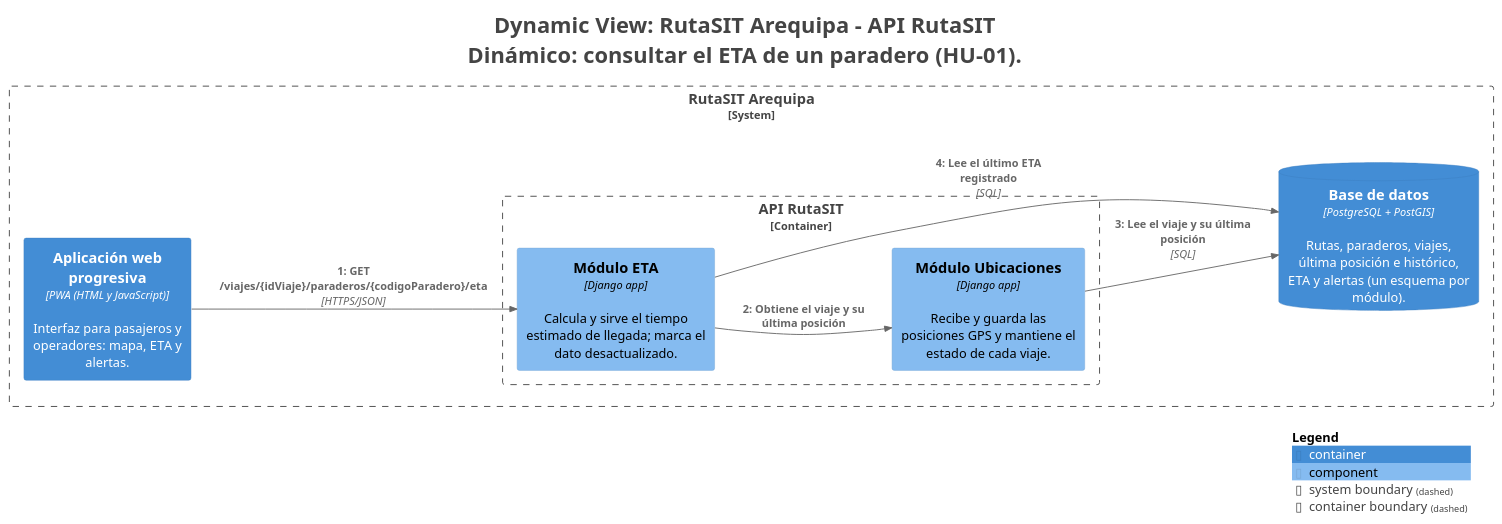
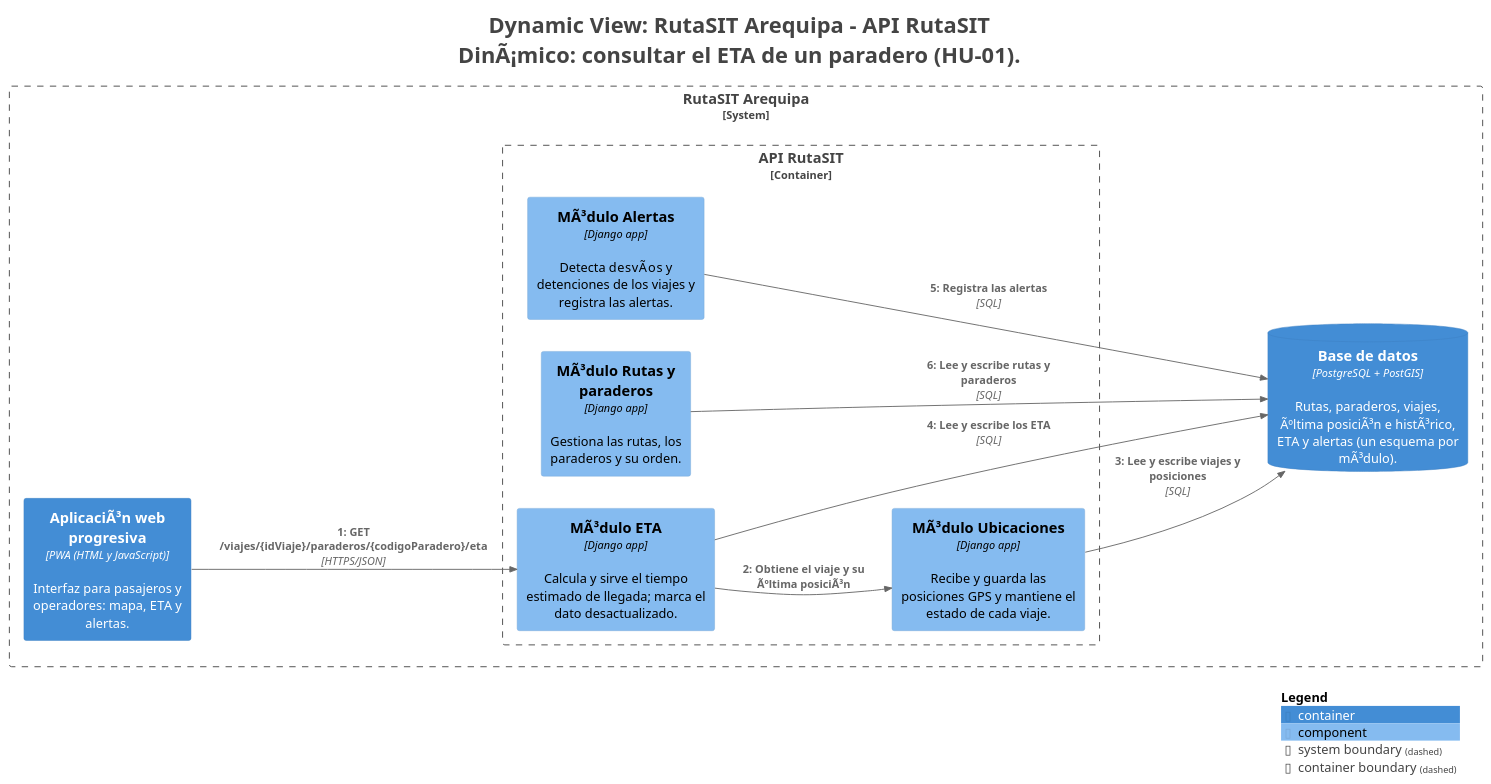
Before and after one commit to Camila-Alarico/cs-2026b-lab04--grupo06: the diagram in docs/architecture/c4/export/structurizr-ConsultarEta.puml, drawn with PlantUML. The commit also changed 15 other files, not shown here.

```diff
--- a/docs/architecture/c4/export/structurizr-ConsultarEta.puml
+++ b/docs/architecture/c4/export/structurizr-ConsultarEta.puml
@@ -1,39 +1,43 @@
 @startuml
-title <size:24>Dynamic View: RutaSIT Arequipa - API RutaSIT</size>\n<size:24>Dinámico: consultar el ETA de un paradero (HU-01).</size>
+title <size:24>Dynamic View: RutaSIT Arequipa - API RutaSIT</size>\n<size:24>DinÃ¡mico: consultar el ETA de un paradero (HU-01).</size>
 
 set separator none
 left to right direction
 
 <style>
   root {
     BackgroundColor: #ffffff
     FontColor: #444444
   }
 </style>
 
 !include <C4/C4>
 !include <C4/C4_Context>
 !include <C4/C4_Container>
 !include <C4/C4_Component>
 
 System_Boundary("RutaSITArequipa_boundary", "RutaSIT Arequipa", $tags="") {
   Container_Boundary("RutaSITArequipa.APIRutaSIT_boundary", "API RutaSIT", $tags="") {
-    Component(RutaSITArequipa.APIRutaSIT.MóduloUbicaciones, "Módulo Ubicaciones", $techn="Django app", $descr="Recibe y guarda las posiciones GPS y mantiene el estado de cada viaje.", $tags="", $link="")
-    Component(RutaSITArequipa.APIRutaSIT.MóduloETA, "Módulo ETA", $techn="Django app", $descr="Calcula y sirve el tiempo estimado de llegada; marca el dato desactualizado.", $tags="", $link="")
+    Component(RutaSITArequipa.APIRutaSIT.MÃduloUbicaciones, "MÃ³dulo Ubicaciones", $techn="Django app", $descr="Recibe y guarda las posiciones GPS y mantiene el estado de cada viaje.", $tags="", $link="")
+    Component(RutaSITArequipa.APIRutaSIT.MÃduloRutasyparaderos, "MÃ³dulo Rutas y paraderos", $techn="Django app", $descr="Gestiona las rutas, los paraderos y su orden.", $tags="", $link="")
+    Component(RutaSITArequipa.APIRutaSIT.MÃduloETA, "MÃ³dulo ETA", $techn="Django app", $descr="Calcula y sirve el tiempo estimado de llegada; marca el dato desactualizado.", $tags="", $link="")
+    Component(RutaSITArequipa.APIRutaSIT.MÃduloAlertas, "MÃ³dulo Alertas", $techn="Django app", $descr="Detecta desvÃ­os y detenciones de los viajes y registra las alertas.", $tags="", $link="")
   }
 
-  ContainerDb(RutaSITArequipa.Basededatos, "Base de datos", $techn="PostgreSQL + PostGIS", $descr="Rutas, paraderos, viajes, última posición e histórico, ETA y alertas (un esquema por módulo).", $tags="", $link="")
-  Container(RutaSITArequipa.Aplicaciónwebprogresiva, "Aplicación web progresiva", $techn="PWA (HTML y JavaScript)", $descr="Interfaz para pasajeros y operadores: mapa, ETA y alertas.", $tags="", $link="")
+  ContainerDb(RutaSITArequipa.Basededatos, "Base de datos", $techn="PostgreSQL + PostGIS", $descr="Rutas, paraderos, viajes, Ãºltima posiciÃ³n e histÃ³rico, ETA y alertas (un esquema por mÃ³dulo).", $tags="", $link="")
+  Container(RutaSITArequipa.AplicaciÃnwebprogresiva, "AplicaciÃ³n web progresiva", $techn="PWA (HTML y JavaScript)", $descr="Interfaz para pasajeros y operadores: mapa, ETA y alertas.", $tags="", $link="")
 }
 
-Container(RutaSITArequipa.Aplicaciónwebprogresiva, "Aplicación web progresiva", $techn="PWA (HTML y JavaScript)", $descr="Interfaz para pasajeros y operadores: mapa, ETA y alertas.", $tags="", $link="")
-ContainerDb(RutaSITArequipa.Basededatos, "Base de datos", $techn="PostgreSQL + PostGIS", $descr="Rutas, paraderos, viajes, última posición e histórico, ETA y alertas (un esquema por módulo).", $tags="", $link="")
+Container(RutaSITArequipa.AplicaciÃnwebprogresiva, "AplicaciÃ³n web progresiva", $techn="PWA (HTML y JavaScript)", $descr="Interfaz para pasajeros y operadores: mapa, ETA y alertas.", $tags="", $link="")
+ContainerDb(RutaSITArequipa.Basededatos, "Base de datos", $techn="PostgreSQL + PostGIS", $descr="Rutas, paraderos, viajes, Ãºltima posiciÃ³n e histÃ³rico, ETA y alertas (un esquema por mÃ³dulo).", $tags="", $link="")
 
-Rel(RutaSITArequipa.Aplicaciónwebprogresiva, RutaSITArequipa.APIRutaSIT.MóduloETA, "1: GET /viajes/{idViaje}/paraderos/{codigoParadero}/eta", $techn="HTTPS/JSON", $tags="", $link="")
-Rel(RutaSITArequipa.APIRutaSIT.MóduloETA, RutaSITArequipa.APIRutaSIT.MóduloUbicaciones, "2: Obtiene el viaje y su última posición", $techn="", $tags="", $link="")
-Rel(RutaSITArequipa.APIRutaSIT.MóduloUbicaciones, RutaSITArequipa.Basededatos, "3: Lee el viaje y su última posición", $techn="SQL", $tags="", $link="")
-Rel(RutaSITArequipa.APIRutaSIT.MóduloETA, RutaSITArequipa.Basededatos, "4: Lee el último ETA registrado", $techn="SQL", $tags="", $link="")
+Rel(RutaSITArequipa.AplicaciÃnwebprogresiva, RutaSITArequipa.APIRutaSIT.MÃduloETA, "1: GET /viajes/{idViaje}/paraderos/{codigoParadero}/eta", $techn="HTTPS/JSON", $tags="", $link="")
+Rel(RutaSITArequipa.APIRutaSIT.MÃduloETA, RutaSITArequipa.APIRutaSIT.MÃduloUbicaciones, "2: Obtiene el viaje y su Ãºltima posiciÃ³n", $techn="", $tags="", $link="")
+Rel(RutaSITArequipa.APIRutaSIT.MÃduloUbicaciones, RutaSITArequipa.Basededatos, "3: Lee y escribe viajes y posiciones", $techn="SQL", $tags="", $link="")
+Rel(RutaSITArequipa.APIRutaSIT.MÃduloETA, RutaSITArequipa.Basededatos, "4: Lee y escribe los ETA", $techn="SQL", $tags="", $link="")
+Rel(RutaSITArequipa.APIRutaSIT.MÃduloAlertas, RutaSITArequipa.Basededatos, "5: Registra las alertas", $techn="SQL", $tags="", $link="")
+Rel(RutaSITArequipa.APIRutaSIT.MÃduloRutasyparaderos, RutaSITArequipa.Basededatos, "6: Lee y escribe rutas y paraderos", $techn="SQL", $tags="", $link="")
 
 SHOW_LEGEND(true)
 hide stereotypes
 @enduml
```
